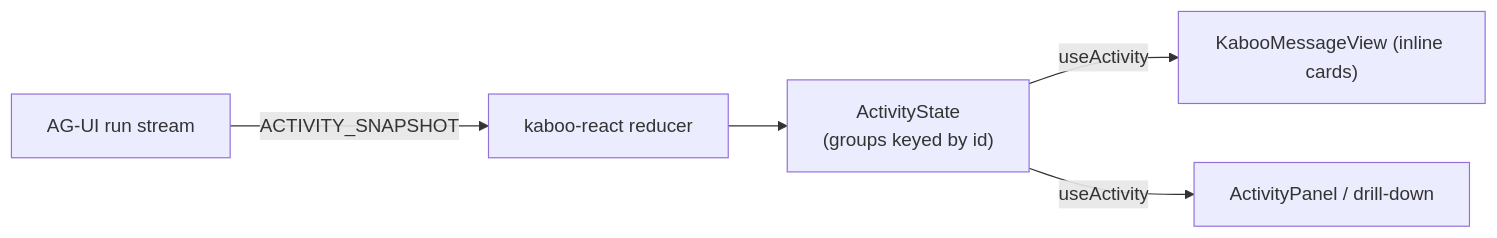
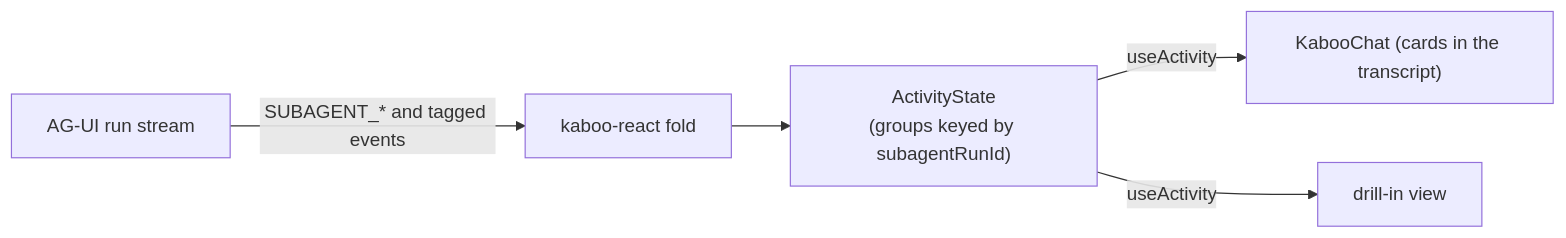
The diagram in docs/concepts.md (gl-pgege/kaboo-react), drawn with Mermaid before and after one commit. The commit also changed other lines of this file and 176 other files, not shown here.

First line of the commit message:
feat!: read AG-UI's own events for cards, questions and approvals (0.12.0)

````diff
--- a/docs/concepts.md
+++ b/docs/concepts.md
@@ -13,7 +16,7 @@
 ```mermaid
 flowchart LR
-    Stream["AG-UI run stream"] -->|ACTIVITY_SNAPSHOT| Reducer["kaboo-react reducer"]
-    Reducer --> State["ActivityState<br/>(groups keyed by id)"]
-    State -->|useActivity| Chat["KabooMessageView (inline cards)"]
-    State -->|useActivity| Panel["ActivityPanel / drill-down"]
+    Stream["AG-UI run stream"] -->|SUBAGENT_* and tagged events| Fold["kaboo-react fold"]
+    Fold --> State["ActivityState<br/>(groups keyed by subagentRunId)"]
+    State -->|useActivity| Chat["KabooChat (cards in the transcript)"]
+    State -->|useActivity| Panel["drill-in view"]
 ```
````
